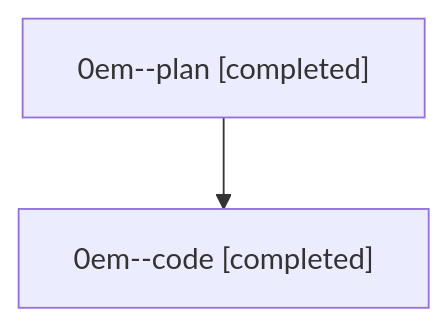
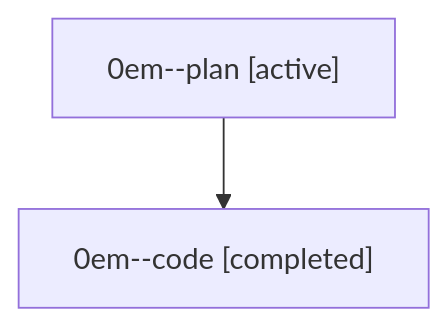
One commit to sase-org/sase--agents changed the diagram in families/bbugyi200.athena.0em.md. Above: the diagram before and after it, drawn with Mermaid. The commit also changed other lines of this file and 35830 other files, not shown here.

````diff
--- a/families/bbugyi200.athena.0em.md
+++ b/families/bbugyi200.athena.0em.md
@@ -9,6 +9,6 @@
 ```mermaid
 flowchart TD
-  n0["0em--plan [completed]"]
+  n0["0em--plan [active]"]
   n1["0em--code [completed]"]
   n0 --> n1
 ```
````
